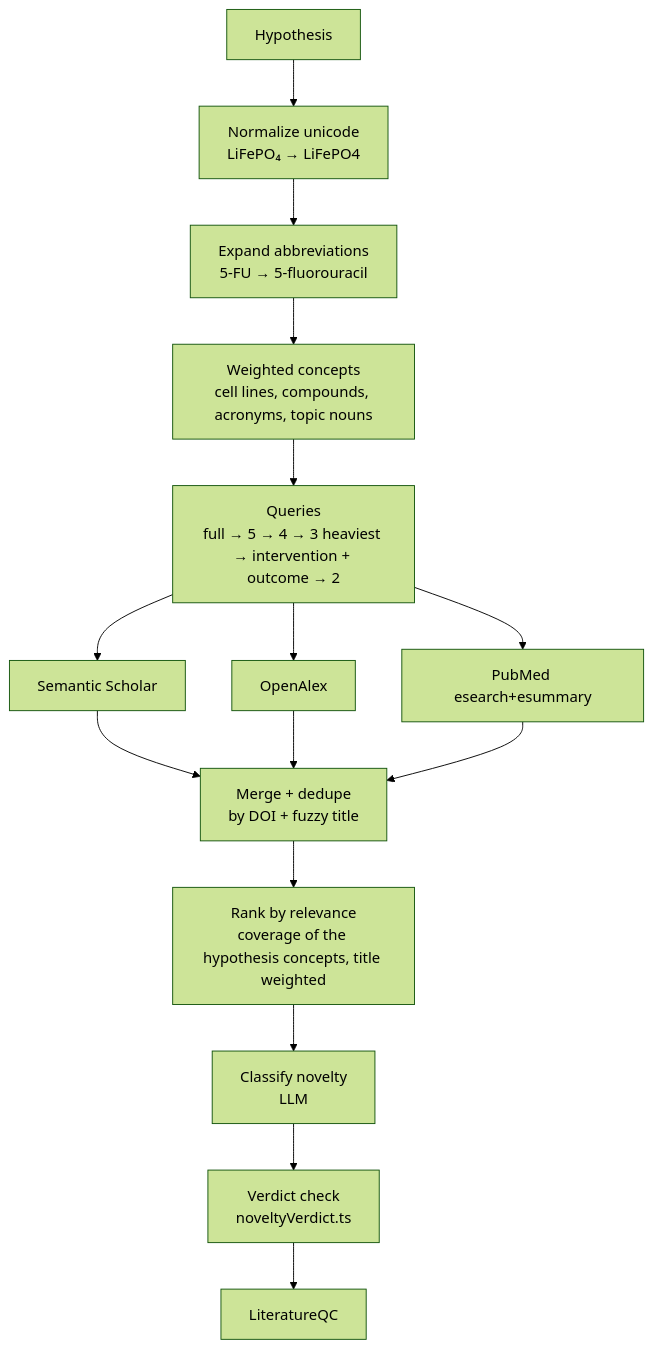
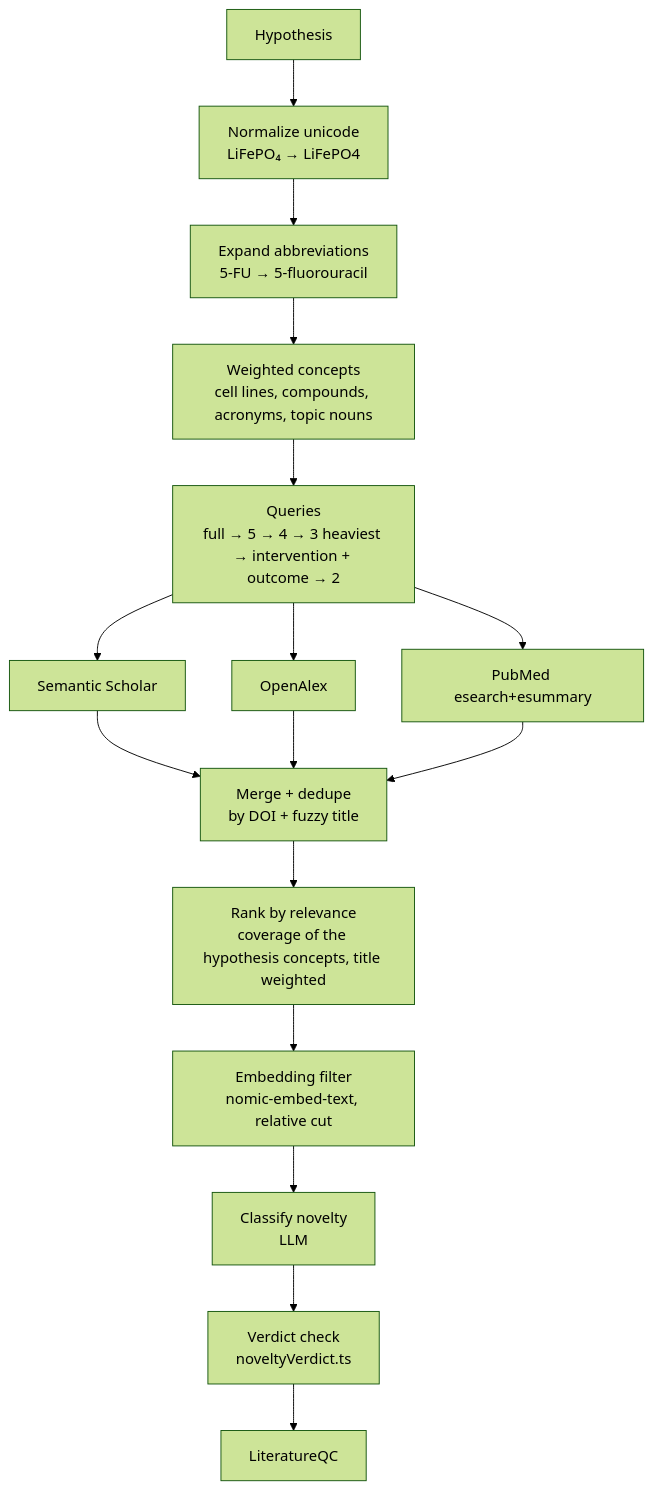
Before and after one commit to gopalinternship-unibasel/ai-scientist: the fourth of 9 diagrams in docs/ARCHITECTURE.md, drawn with Mermaid (forest theme). The commit also changed other lines of this file and 1 other file, not shown here.

First line of the commit message:
Docs: catalog status, new plan checks, embedding filter, versioned cache, house rules not scheduled, Deno --no-lock

````diff
--- a/docs/ARCHITECTURE.md
+++ b/docs/ARCHITECTURE.md
@@ -200,20 +205,21 @@
 ```mermaid
 flowchart TB
   H[Hypothesis] --> NORM[Normalize unicode<br/>LiFePO₄ → LiFePO4]
   NORM --> ABBR[Expand abbreviations<br/>5-FU → 5-fluorouracil]
   ABBR --> KW[Weighted concepts<br/>cell lines, compounds, acronyms, topic nouns]
   KW --> Q[Queries<br/>full → 5 → 4 → 3 heaviest → intervention + outcome → 2]
 
   Q --> S1[Semantic Scholar]
   Q --> S2[OpenAlex]
   Q --> S3[PubMed esearch+esummary]
 
   S1 --> M[Merge + dedupe<br/>by DOI + fuzzy title]
   S2 --> M
   S3 --> M
 
   M --> R[Rank by relevance<br/>coverage of the hypothesis concepts, title weighted]
-  R --> CL[Classify novelty<br/>LLM]
+  R --> EF[Embedding filter<br/>nomic-embed-text, relative cut]
+  EF --> CL[Classify novelty<br/>LLM]
   CL --> VC[Verdict check<br/>noveltyVerdict.ts]
   VC --> OUT[LiteratureQC]
 ```
````
